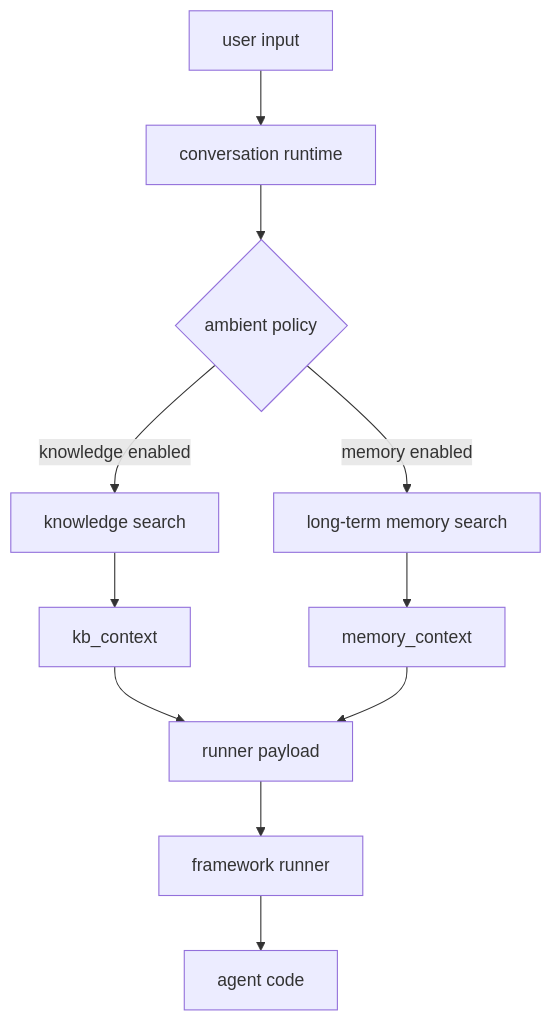
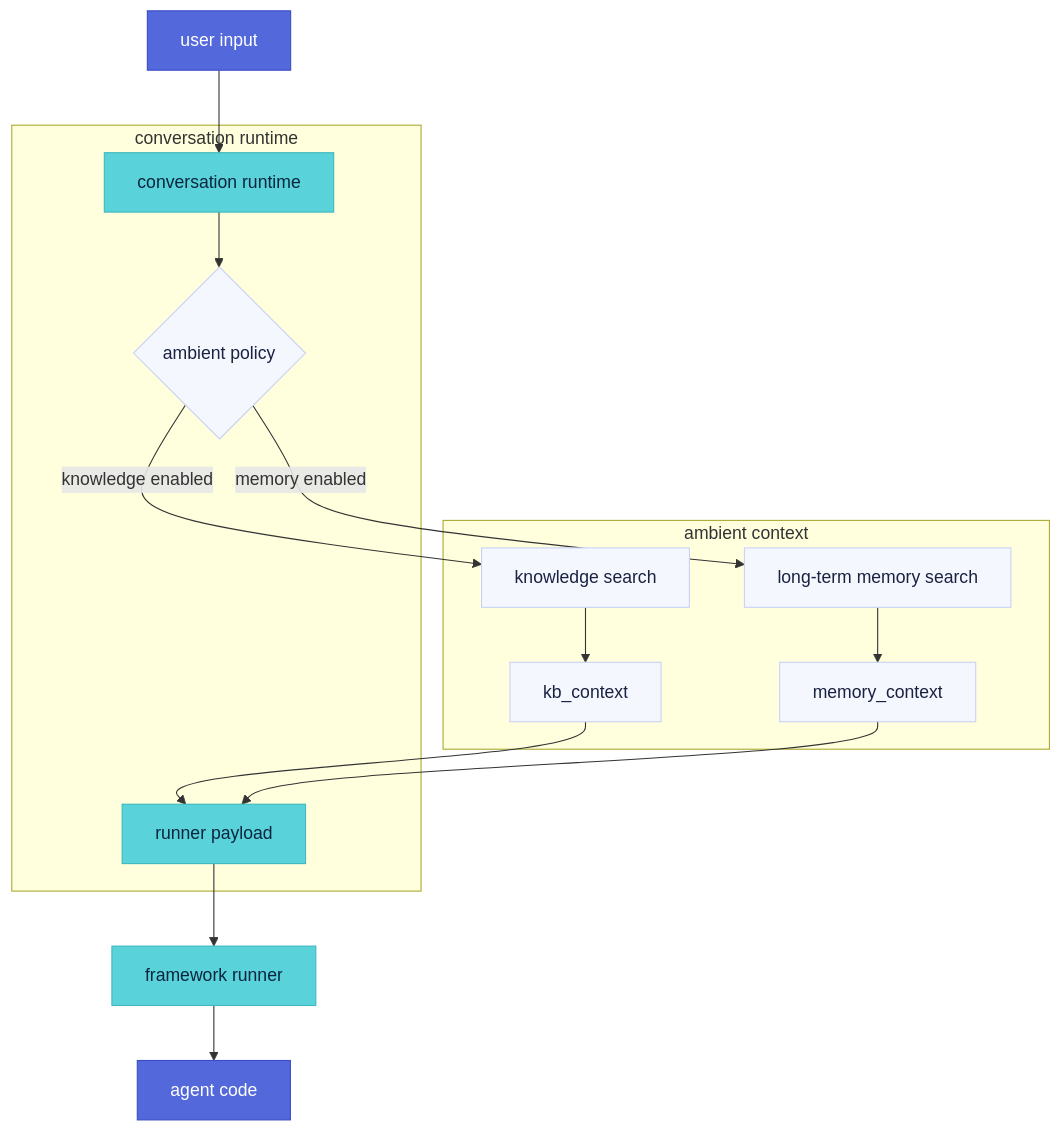
Before and after one commit to kingsoftcloud/ksadk-python: the second of 2 diagrams in docs-site/content/docs/framework/guides/memory-knowledge.en.mdx, drawn with Mermaid. The commit also changed other lines of this file and 33 other files, not shown here.

````diff
--- a/docs-site/content/docs/framework/guides/memory-knowledge.en.mdx
+++ b/docs-site/content/docs/framework/guides/memory-knowledge.en.mdx
@@ -132,13 +148,32 @@
 ```mermaid
 flowchart TD
   Input["user input"] --> Runtime["conversation runtime"]
   Runtime --> Policy{"ambient policy"}
   Policy -->|knowledge enabled| KB["knowledge search"]
   Policy -->|memory enabled| LTM["long-term memory search"]
   KB --> KBCtx["kb_context"]
   LTM --> MemCtx["memory_context"]
   KBCtx --> Payload["runner payload"]
   MemCtx --> Payload
   Payload --> Runner["framework runner"]
   Runner --> Agent["agent code"]
+
+  subgraph ctx["ambient context"]
+    KB
+    LTM
+    KBCtx
+    MemCtx
+  end
+  subgraph runtime["conversation runtime"]
+    Runtime
+    Policy
+    Payload
+  end
+
+  classDef brand fill:#5368db,stroke:#3b4cc7,color:#fff
+  classDef accent fill:#59d3d9,stroke:#3fb8be,color:#0a2540
+  classDef neutral fill:#f5f7ff,stroke:#c9d2f5,color:#1a2240
+  class Input,Agent brand
+  class Runtime,Payload,Runner accent
+  class Policy,KB,LTM,KBCtx,MemCtx neutral
 ```
````
